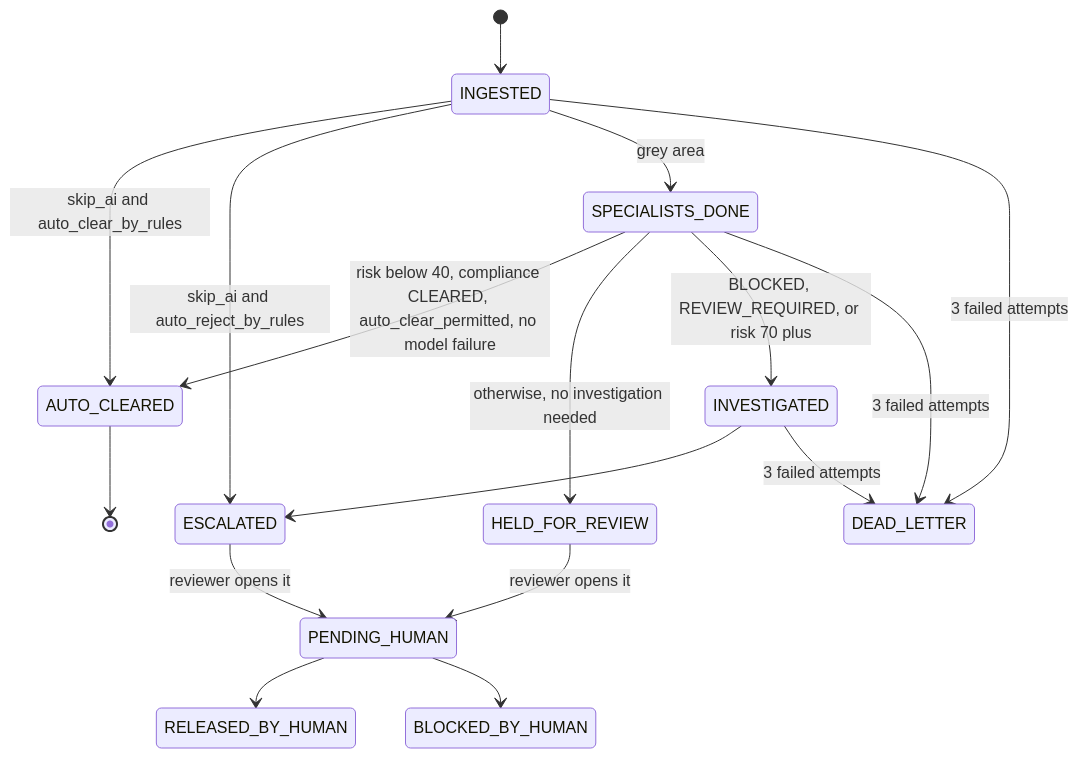
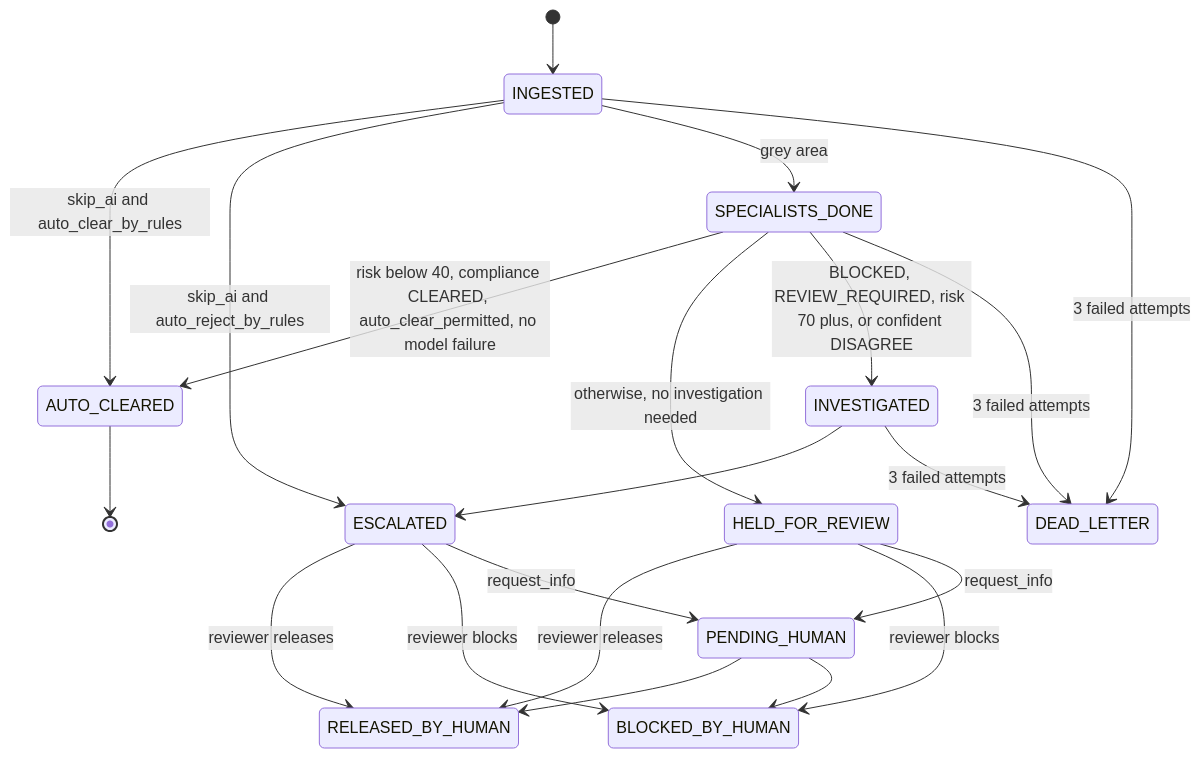
The second of 4 diagrams in docs/ARCHITECTURE.md (hoachauphuoc/vf-logistics-nebius-nvidia), drawn with Mermaid before and after one commit. The commit also changed other lines of this file and 10 other files, not shown here.

````diff
--- a/docs/ARCHITECTURE.md
+++ b/docs/ARCHITECTURE.md
@@ -328,24 +333,28 @@
 ```mermaid
 stateDiagram-v2
     [*] --> INGESTED
 
     INGESTED --> AUTO_CLEARED: skip_ai and auto_clear_by_rules
     INGESTED --> ESCALATED: skip_ai and auto_reject_by_rules
     INGESTED --> SPECIALISTS_DONE: grey area
 
     SPECIALISTS_DONE --> AUTO_CLEARED: risk below 40, compliance CLEARED, auto_clear_permitted, no model failure
     SPECIALISTS_DONE --> HELD_FOR_REVIEW: otherwise, no investigation needed
-    SPECIALISTS_DONE --> INVESTIGATED: BLOCKED, REVIEW_REQUIRED, or risk 70 plus
+    SPECIALISTS_DONE --> INVESTIGATED: BLOCKED, REVIEW_REQUIRED, risk 70 plus, or confident DISAGREE
 
     INVESTIGATED --> ESCALATED
 
     AUTO_CLEARED --> [*]
-    HELD_FOR_REVIEW --> PENDING_HUMAN: reviewer opens it
-    ESCALATED --> PENDING_HUMAN: reviewer opens it
+    HELD_FOR_REVIEW --> RELEASED_BY_HUMAN: reviewer releases
+    HELD_FOR_REVIEW --> BLOCKED_BY_HUMAN: reviewer blocks
+    ESCALATED --> RELEASED_BY_HUMAN: reviewer releases
+    ESCALATED --> BLOCKED_BY_HUMAN: reviewer blocks
+    HELD_FOR_REVIEW --> PENDING_HUMAN: request_info
+    ESCALATED --> PENDING_HUMAN: request_info
     PENDING_HUMAN --> RELEASED_BY_HUMAN
     PENDING_HUMAN --> BLOCKED_BY_HUMAN
 
     INGESTED --> DEAD_LETTER: 3 failed attempts
     SPECIALISTS_DONE --> DEAD_LETTER: 3 failed attempts
     INVESTIGATED --> DEAD_LETTER: 3 failed attempts
 ```
````
